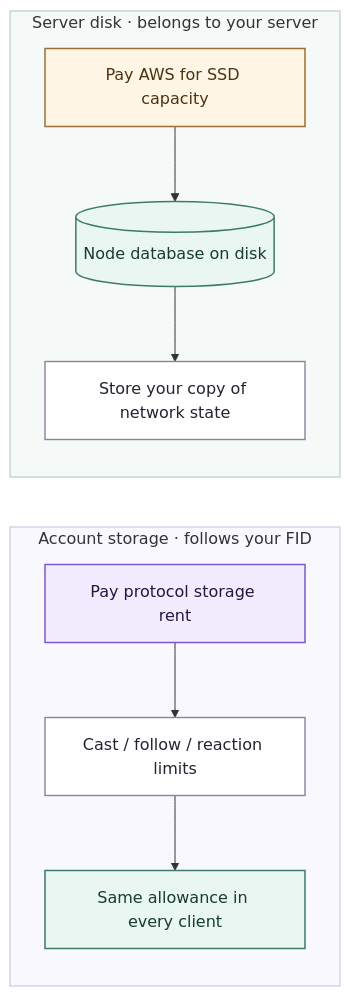
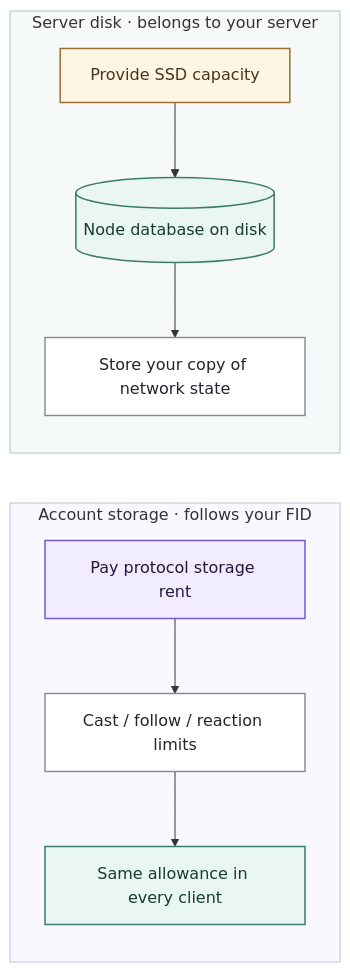
Before and after one commit to vrajdesai78/farcaster-bounty: the diagram in site/diagrams/storage-desktop.mmd, drawn with Mermaid. The commit also changed 25 other files, not shown here.

Commit message:
Add separate all-local and AWS setup paths with capacity checks

```diff
--- a/site/diagrams/storage-desktop.mmd
+++ b/site/diagrams/storage-desktop.mmd
@@ -1,22 +1,22 @@
 flowchart LR
 accTitle: Account storage and server disk are separate
-accDescr: Protocol storage rent increases an FID’s message allowance, shared by its clients. AWS disk holds the node’s copy of network state. These are separate purchases; increasing server disk does not increase account allowance.
+accDescr: Protocol storage rent increases an FID’s message allowance, shared by its clients. Host disk holds the node’s copy of network state. These are separate purchases; increasing server disk does not increase account allowance.
 subgraph A["Account storage · follows your FID"]
  rent["Pay protocol storage rent"]:::device
  limits["Cast / follow / reaction limits"]:::service
  apps["Same allowance in every client"]:::done
  rent --> limits --> apps
 end
 subgraph D["Server disk · belongs to your server"]
- aws["Pay AWS for SSD capacity"]:::network
+ aws["Provide SSD capacity"]:::network
  disk[("Node database on disk")]:::data
  state["Store your copy of network state"]:::service
  aws --> disk --> state
 end
 style A fill:#faf8ff,stroke:#c9bce3
 style D fill:#f5faf8,stroke:#aac7be
 classDef device fill:#f1edff,stroke:#795acb,color:#24183e,stroke-width:1.5px
 classDef service fill:#ffffff,stroke:#8b819d,color:#262330,stroke-width:1.4px
 classDef data fill:#eaf6f2,stroke:#3c7b68,color:#173c31,stroke-width:1.5px
 classDef network fill:#fff5e5,stroke:#997033,color:#493414,stroke-width:1.5px
 classDef done fill:#eaf6f2,stroke:#3c7b68,color:#173c31,stroke-width:1.5px
```
